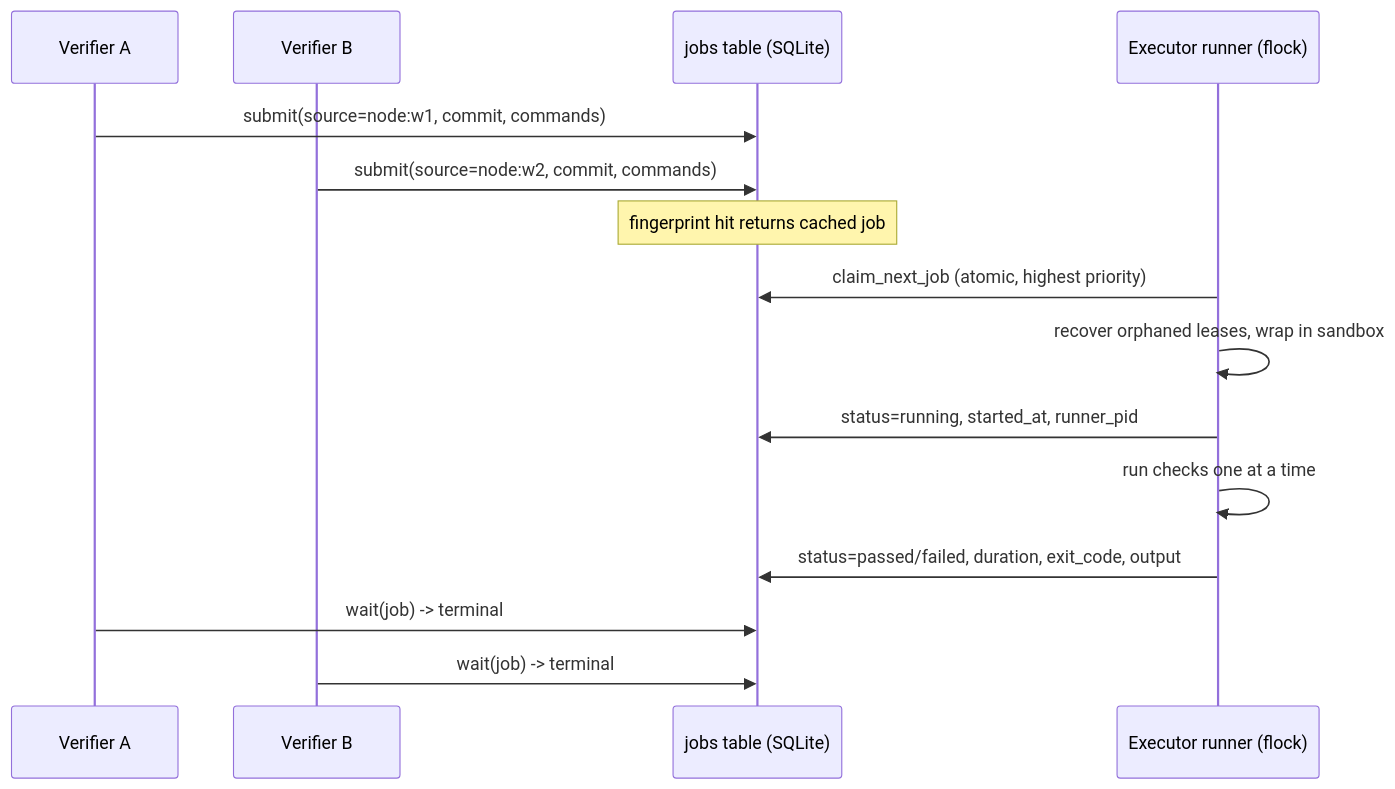
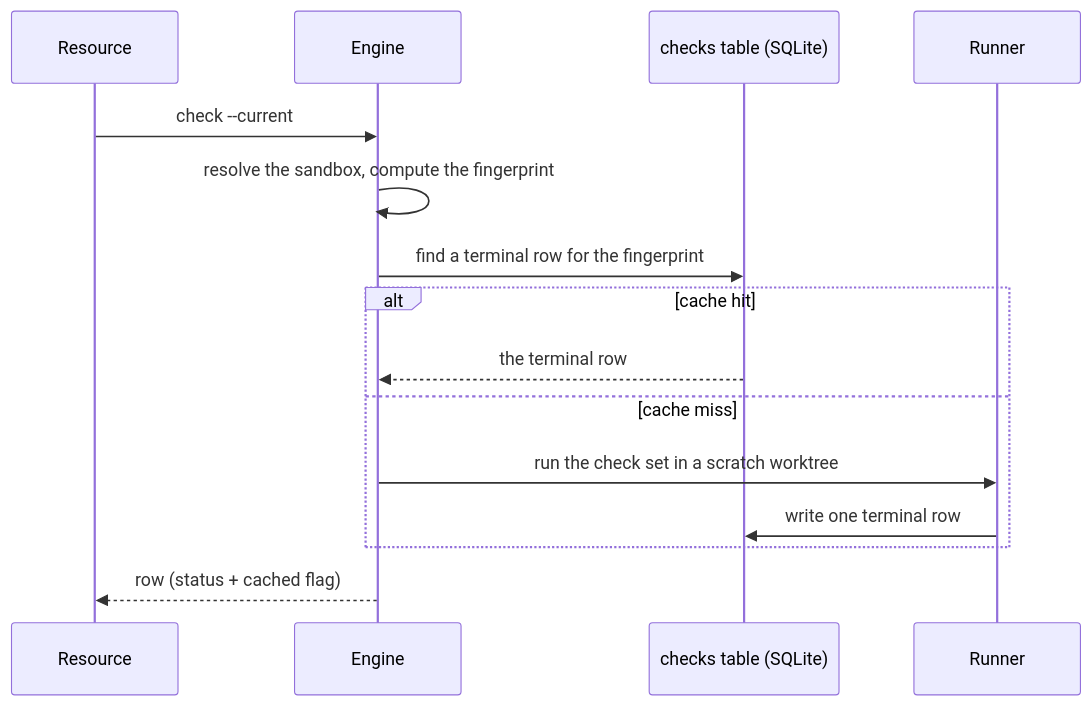
Before and after one commit to ming6ao/sliceme: the seventh of 10 diagrams in docs/architecture.md, drawn with Mermaid. The commit also changed other lines of this file and 77 other files, not shown here.

First line of the commit message:
refactor: reduce sliceme to one engine and one Pi extension

````diff
--- a/docs/architecture.md
+++ b/docs/architecture.md
@@ -303,17 +310,17 @@
 ```mermaid
 sequenceDiagram
-  participant A as Verifier A
-  participant B as Verifier B
-  participant Q as jobs table (SQLite)
-  participant R as Executor runner (flock)
-  A->>Q: submit(source=node:w1, commit, commands)
-  B->>Q: submit(source=node:w2, commit, commands)
-  Note over Q: fingerprint hit returns cached job
-  R->>Q: claim_next_job (atomic, highest priority)
-  R->>R: recover orphaned leases, wrap in sandbox
-  R->>Q: status=running, started_at, runner_pid
-  R->>R: run checks one at a time
-  R->>Q: status=passed/failed, duration, exit_code, output
-  A->>Q: wait(job) -> terminal
-  B->>Q: wait(job) -> terminal
+  participant R as Resource
+  participant E as Engine
+  participant Q as checks table (SQLite)
+  participant X as Runner
+  R->>E: check --current
+  E->>E: resolve the sandbox, compute the fingerprint
+  E->>Q: find a terminal row for the fingerprint
+  alt cache hit
+    Q-->>E: the terminal row
+  else cache miss
+    E->>X: run the check set in a scratch worktree
+    X->>Q: write one terminal row
+  end
+  E-->>R: row (status + cached flag)
 ```
````
